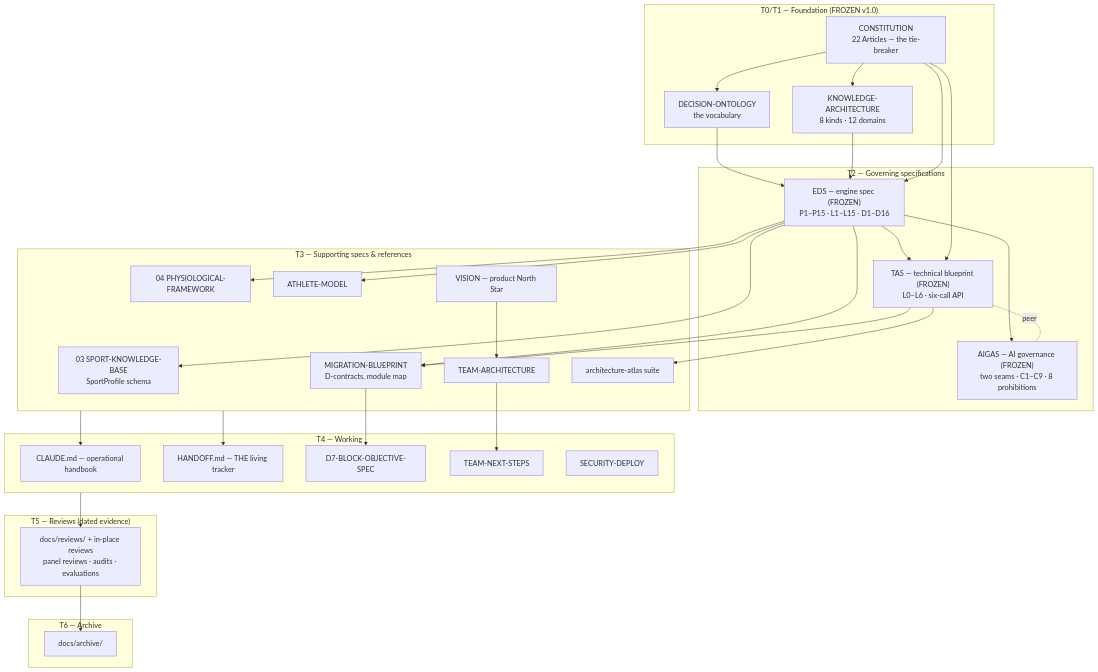
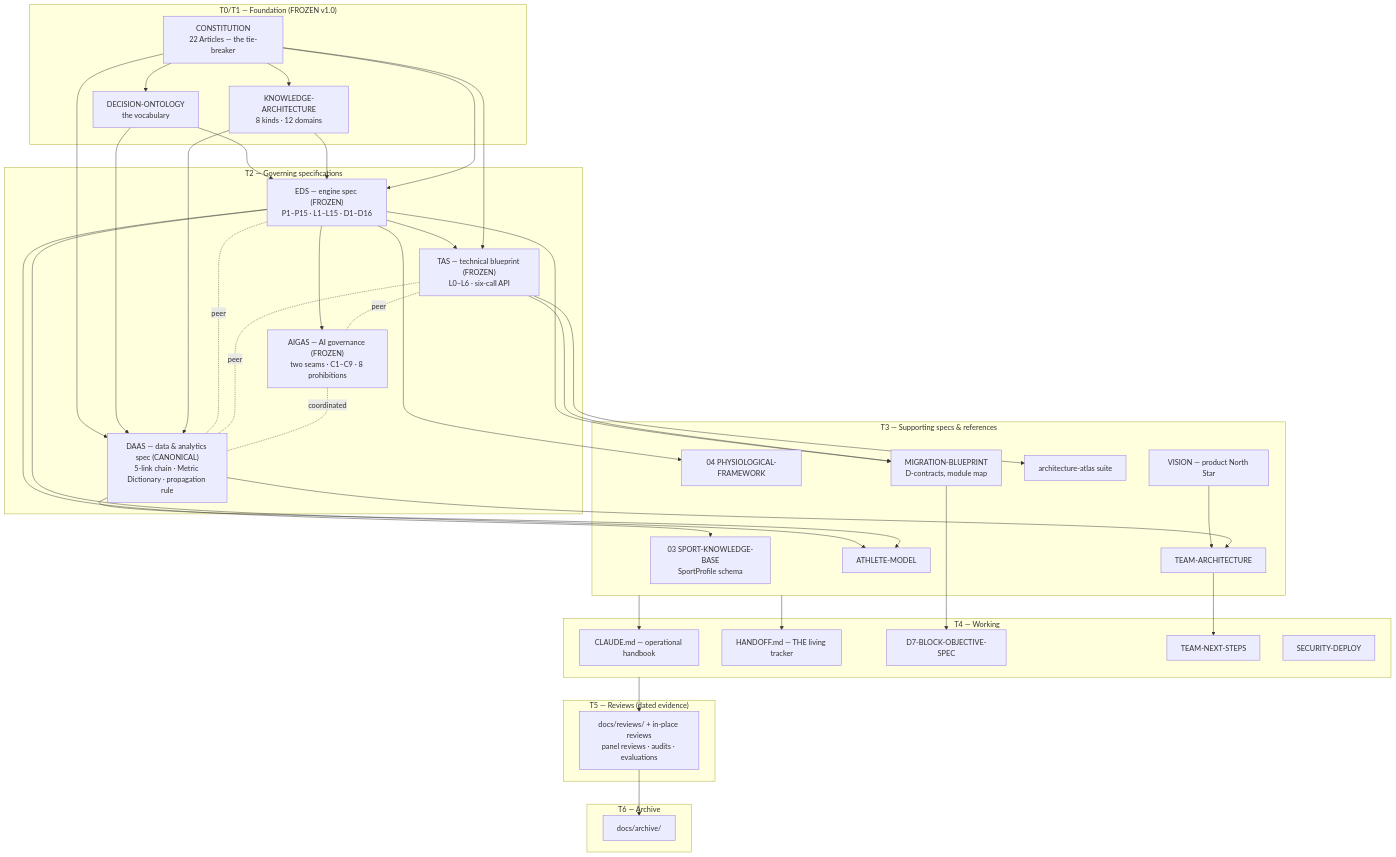
The diagram in docs/DOCUMENTATION-INDEX.md (SimonDring/hybrid-react), drawn with Mermaid before and after one commit. The commit also changed other lines of this file and 2 other files, not shown here.

Commit message:
docs(ratify): DATA-ANALYTICS-ARCHITECTURE → canonical T2 (DAAS ratified; panel fixes + queue reconciliation)

````diff
--- a/docs/DOCUMENTATION-INDEX.md
+++ b/docs/DOCUMENTATION-INDEX.md
@@ -10,51 +10,59 @@
 ```mermaid
 flowchart TD
     subgraph T0T1 ["T0/T1 — Foundation (FROZEN v1.0)"]
         CONST[CONSTITUTION<br/>22 Articles — the tie-breaker]
         ONT[DECISION-ONTOLOGY<br/>the vocabulary]
         KA[KNOWLEDGE-ARCHITECTURE<br/>8 kinds · 12 domains]
     end
     subgraph T2 ["T2 — Governing specifications"]
         EDS["EDS — engine spec (FROZEN)<br/>P1–P15 · L1–L15 · D1–D16"]
         TAS["TAS — technical blueprint (FROZEN)<br/>L0–L6 · six-call API"]
         AIGAS["AIGAS — AI governance (FROZEN)<br/>two seams · C1–C9 · 8 prohibitions"]
+        DAAS["DAAS — data & analytics spec (CANONICAL)<br/>5-link chain · Metric Dictionary · propagation rule"]
     end
     subgraph T3 ["T3 — Supporting specs & references"]
         SKB[03 SPORT-KNOWLEDGE-BASE<br/>SportProfile schema]
         PHYS[04 PHYSIOLOGICAL-FRAMEWORK]
         MB[MIGRATION-BLUEPRINT<br/>D-contracts, module map]
         AM[ATHLETE-MODEL]
         TEAM[TEAM-ARCHITECTURE]
         ATLAS[architecture-atlas suite]
         VIS[VISION — product North Star]
     end
     subgraph T4 ["T4 — Working"]
         CM[CLAUDE.md — operational handbook]
         HO[HANDOFF.md — THE living tracker]
         D7[D7-BLOCK-OBJECTIVE-SPEC]
         TNS[TEAM-NEXT-STEPS]
         SD[SECURITY-DEPLOY]
     end
     subgraph T5 ["T5 — Reviews (dated evidence)"]
         REV[docs/reviews/ + in-place reviews<br/>panel reviews · audits · evaluations]
     end
     subgraph T6 ["T6 — Archive"]
         ARC[docs/archive/]
     end
     CONST --> ONT & KA
     ONT --> EDS
     KA --> EDS
     CONST --> EDS
     EDS --> TAS
     CONST --> TAS
     EDS --> AIGAS
     TAS -.peer.- AIGAS
+    CONST --> DAAS
+    ONT --> DAAS
+    KA --> DAAS
+    EDS -.peer.- DAAS
+    TAS -.peer.- DAAS
+    AIGAS -.coordinated.- DAAS
     VIS --> TEAM
     EDS --> SKB & PHYS & MB & AM
     TAS --> MB & ATLAS
+    DAAS --> AM & TEAM
     TEAM --> TNS
     MB --> D7
     T3 --> CM & HO
     T4 --> REV
     REV --> ARC
 ```
````
